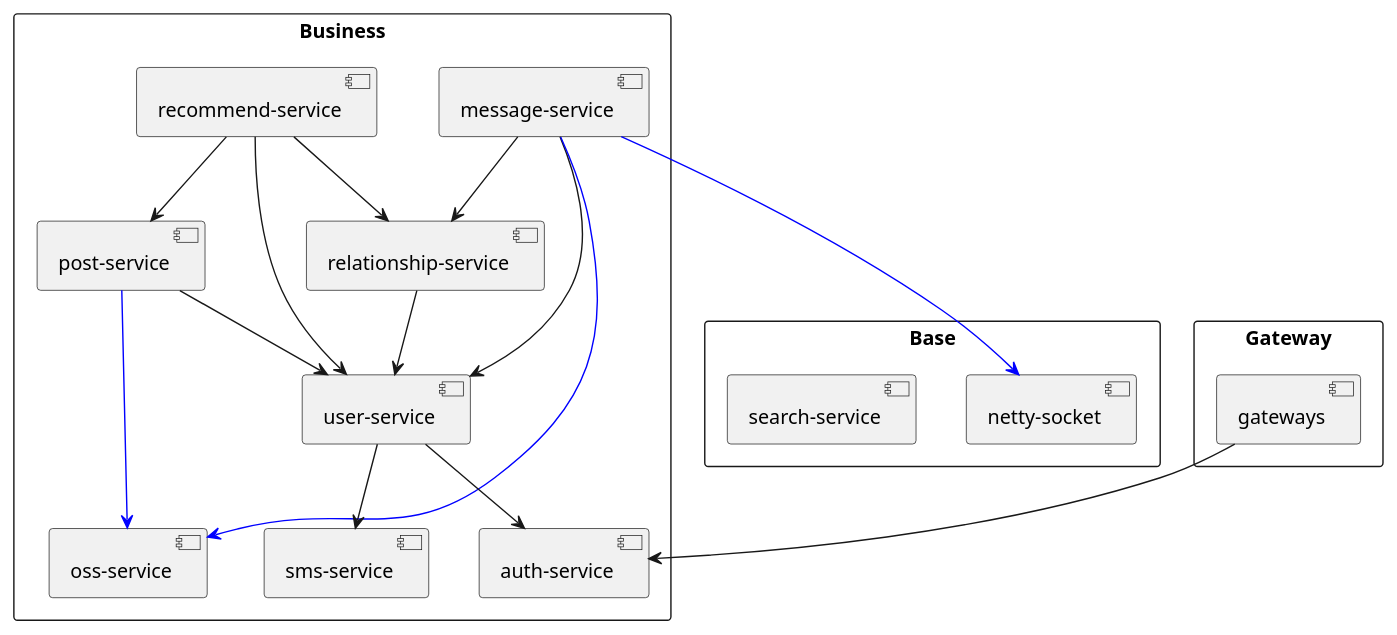
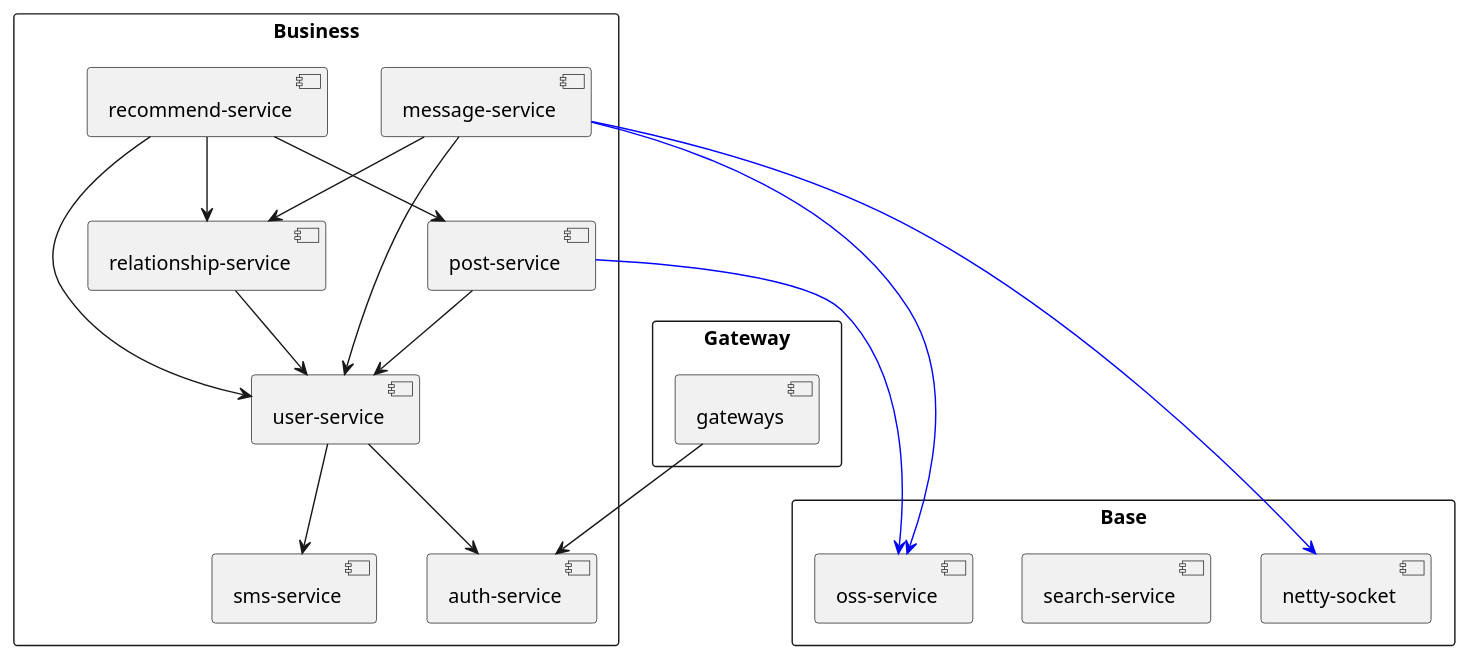
Before and after one commit to nangong918/SmartMedicine-App: the diagram in spring-server/docs/service依赖树.puml, drawn with PlantUML. The commit also changed other lines of this file and 20 other files, not shown here.

Commit message:
feat(oss-service): oss迁移回来

```diff
--- a/spring-server/docs/service依赖树.puml
+++ b/spring-server/docs/service依赖树.puml
@@ -1,44 +1,44 @@
 @startuml
 skinparam packageStyle rectangle
 
 
 package "Base" {
     [netty-socket]
     [search-service]
+    [oss-service]
 }
 
 package "Business" {
     [user-service]
     [auth-service]
     [sms-service]
     [message-service]
     [relationship-service]
-    [oss-service]
     [post-service]
     [recommend-service]
 
     [message-service] --> [user-service]
     [message-service] --> [relationship-service]
     [message-service] -[#0000FF]--> [oss-service]
     [message-service] -[#0000FF]--> [netty-socket]
 
     [relationship-service] --> [user-service]
 
     [user-service] --> [auth-service]
     [user-service] --> [sms-service]
 
     [post-service] --> [user-service]
     [post-service] -[#0000FF]--> [oss-service]
 
     [recommend-service] --> [user-service]
     [recommend-service] --> [post-service]
     [recommend-service] --> [relationship-service]
 }
 
 package "Gateway" {
     [gateways]
 
     [gateways] --> [auth-service]
 }
 
 @enduml
```
